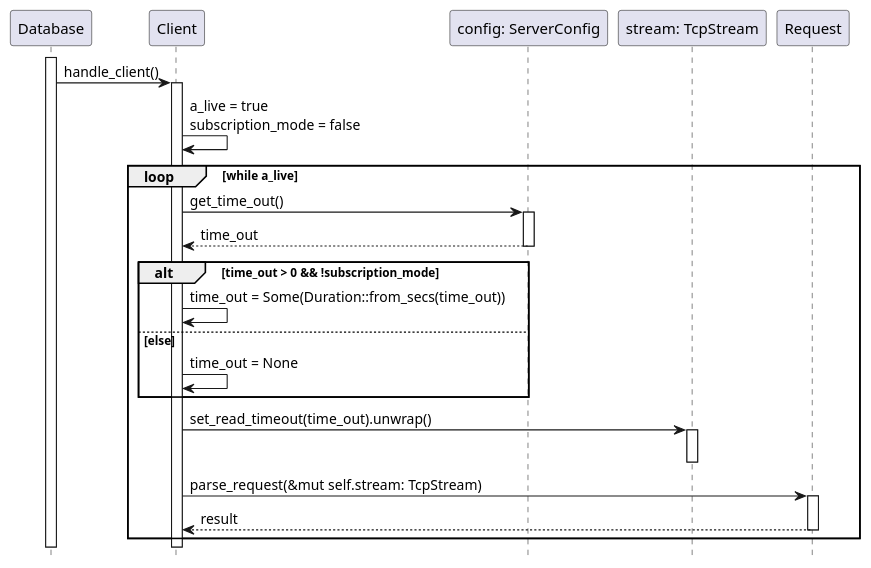
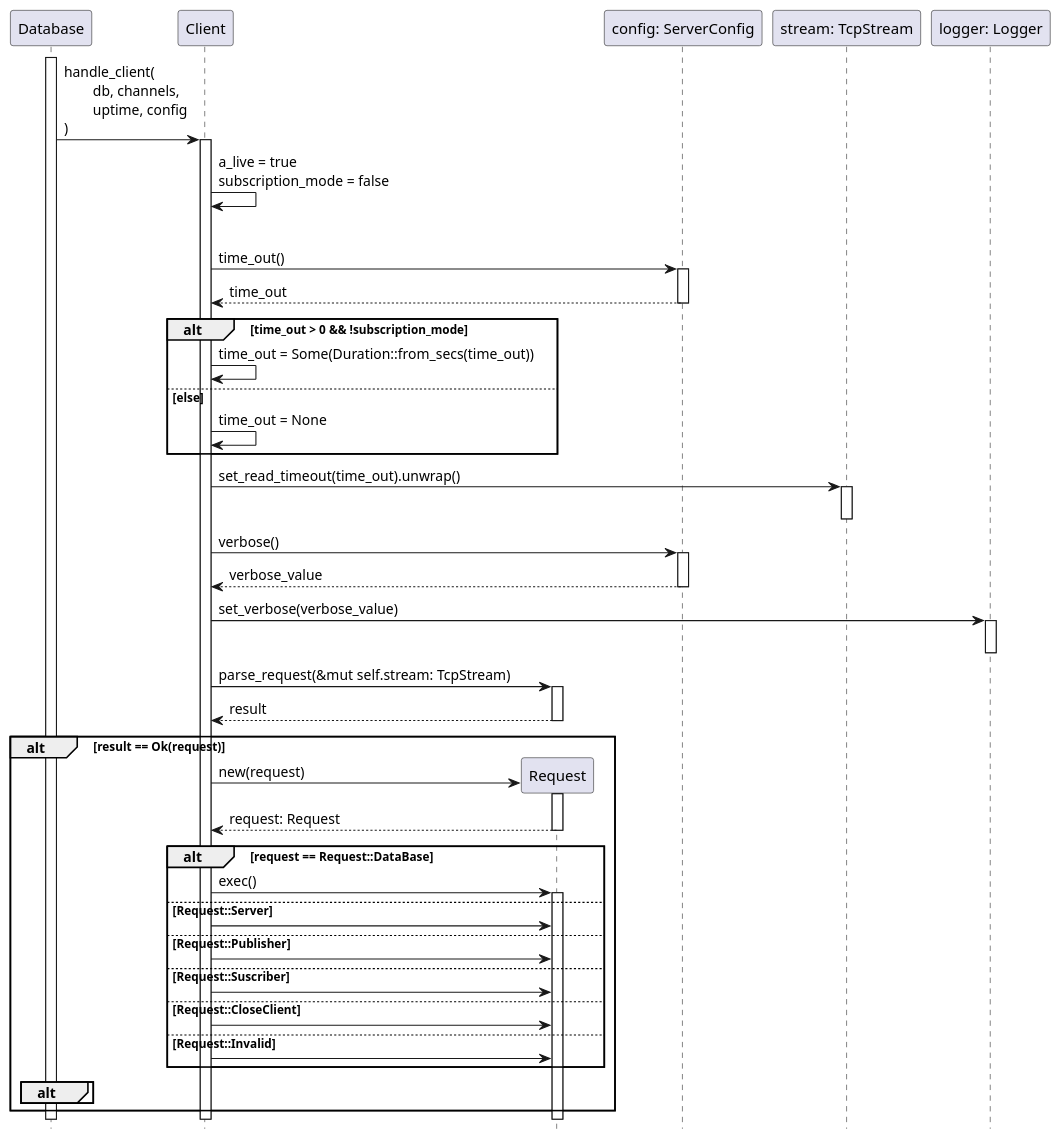
The diagram in src/Diagramas/handle_client.puml (taller-1-fiuba-rust/21C1-OxidadosFC), drawn with PlantUML before and after one commit. The commit also changed 2 other files, not shown here.

Commit message:
handle_client redis and start_redis updated

```diff
--- a/src/Diagramas/handle_client.puml
+++ b/src/Diagramas/handle_client.puml
@@ -1,29 +1,57 @@
 @startuml handle_client
 hide footbox
 activate Database
-Database -> Client++: handle_client()
+
+participant Database order 0
+participant Client order 10
+participant Request order 20
+
+Database -> Client++: handle_client(\n\tdb, channels,\n\tuptime, config\n)
 Client -> Client: a_live = true\nsubscription_mode = false
 loop while a_live
-    participant Config as "config: ServerConfig"
-    Client -> Config ++: get_time_out()
+    participant Config as "config: ServerConfig" order 30
+    Client -> Config ++: time_out()
     return time_out
 
     alt time_out > 0 && !subscription_mode
         Client -> Client: time_out = Some(Duration::from_secs(time_out))
     else else
         Client -> Client: time_out = None
     end
 
-    participant Stream as "stream: TcpStream"
+    participant Stream as "stream: TcpStream" order 40
     Client -> Stream++: set_read_timeout(time_out).unwrap()
     deactivate Stream
+
+    Client -> Config++: verbose()
+    return verbose_value
+
+    participant Logger as "logger: Logger" order 50
+    Client -> Logger++: set_verbose(verbose_value)
+    deactivate Logger
 
     Client -> Request++: parse_request(&mut self.stream: TcpStream)
     return result
 
-    
+    alt result == Ok(request) 
+        create Request
+        Client -> Request++: new(request)
+        return request: Request
+        alt request == Request::DataBase
+            Client -> Request++: exec()
+        else Request::Server
+            Client -> Request:
+        else Request::Publisher
+            Client -> Request:
+        else Request::Suscriber
+            Client -> Request:
+        else Request::CloseClient
+            Client -> Request:
+        else Request::Invalid
+            Client -> Request:
+        end
 
-    
-
+        alt 
+    end
 end
 @enduml
```
